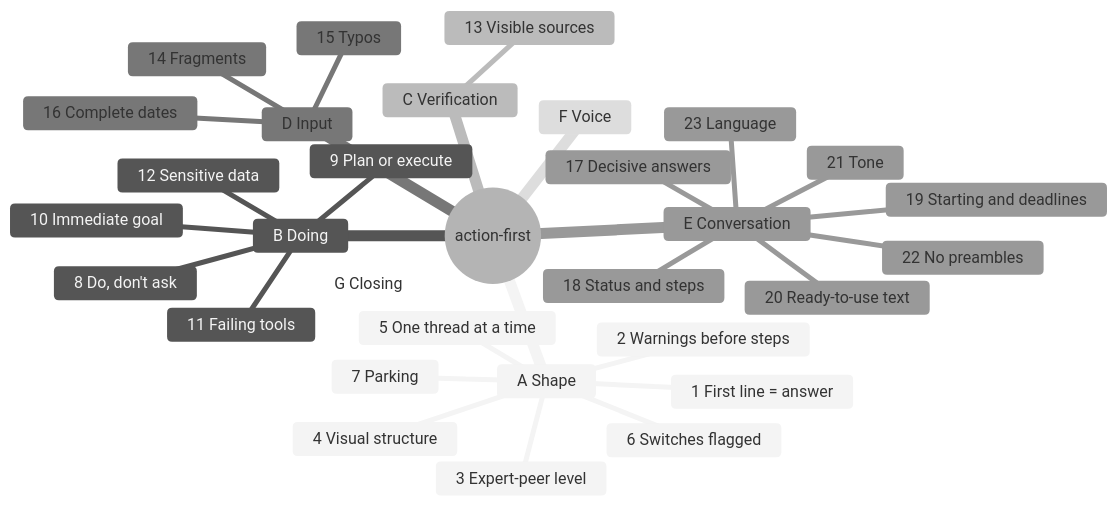
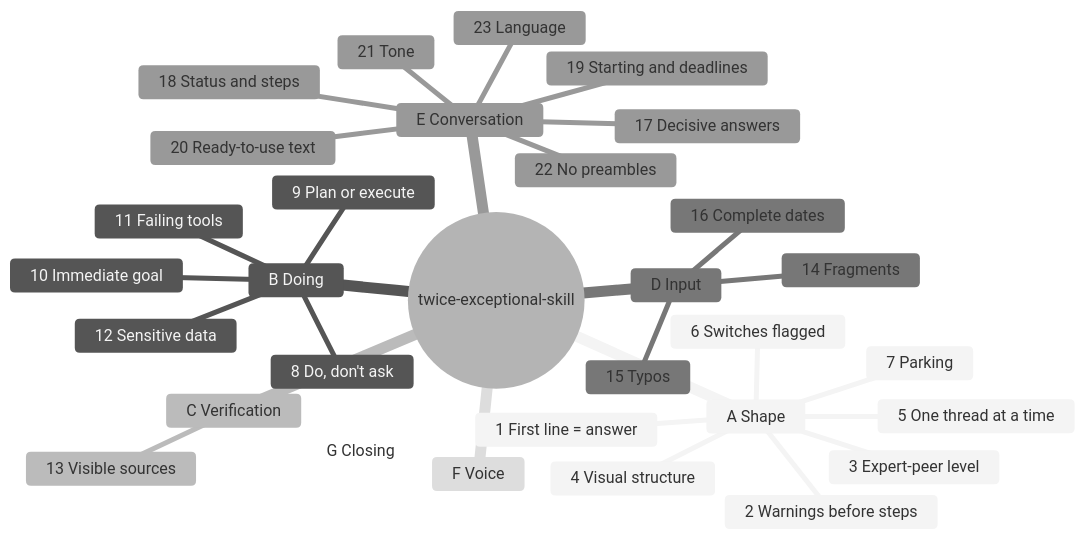
The diagram in docs/RULES.md (JohnnyTriggerDev/twice-exceptional-skill), drawn with Mermaid (neutral theme) before and after one commit. The commit also changed other lines of this file and 6 other files, not shown here.

Commit message:
Rename skill to twice-exceptional-skill to match the repo

````diff
--- a/docs/RULES.md
+++ b/docs/RULES.md
@@ -5,34 +5,34 @@
 ```mermaid
 mindmap
-  root((action-first))
+  root((twice-exceptional-skill))
     A Shape
       1 First line = answer
       2 Warnings before steps
       3 Expert-peer level
       4 Visual structure
       5 One thread at a time
       6 Switches flagged
       7 Parking
     B Doing
       8 Do, don't ask
       9 Plan or execute
       10 Immediate goal
       11 Failing tools
       12 Sensitive data
     C Verification
       13 Visible sources
     D Input
       14 Fragments
       15 Typos
       16 Complete dates
     E Conversation
       17 Decisive answers
       18 Status and steps
       19 Starting and deadlines
       20 Ready-to-use text
       21 Tone
       22 No preambles
       23 Language
     F Voice
     G Closing
 ```
````
